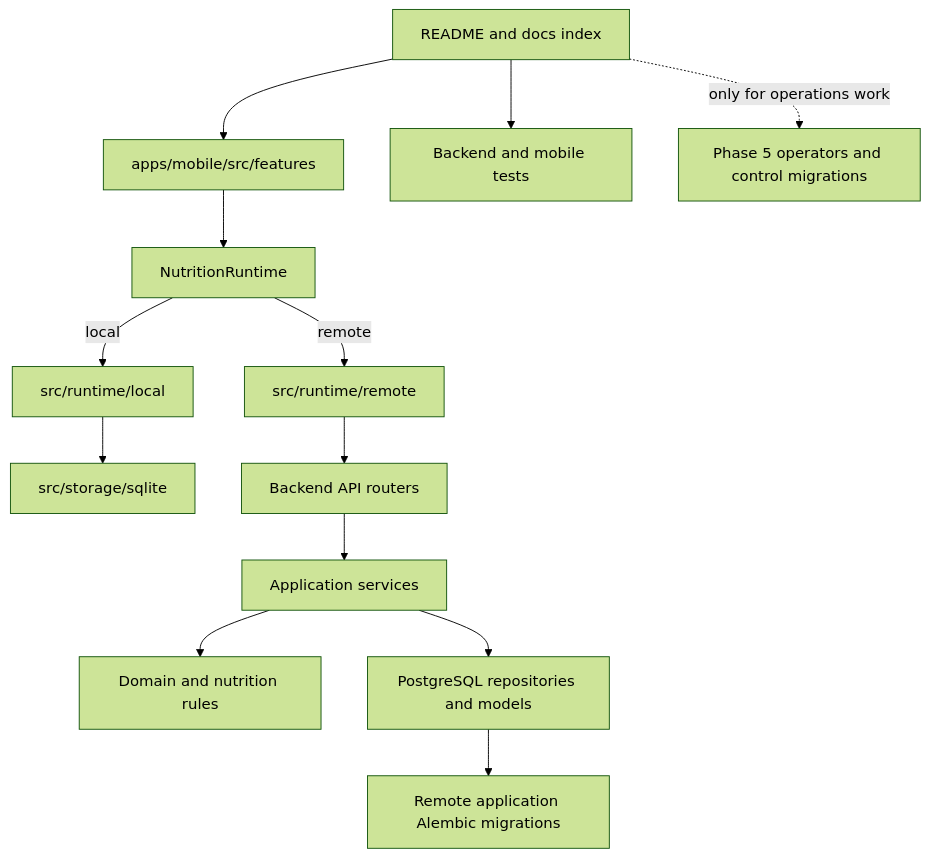
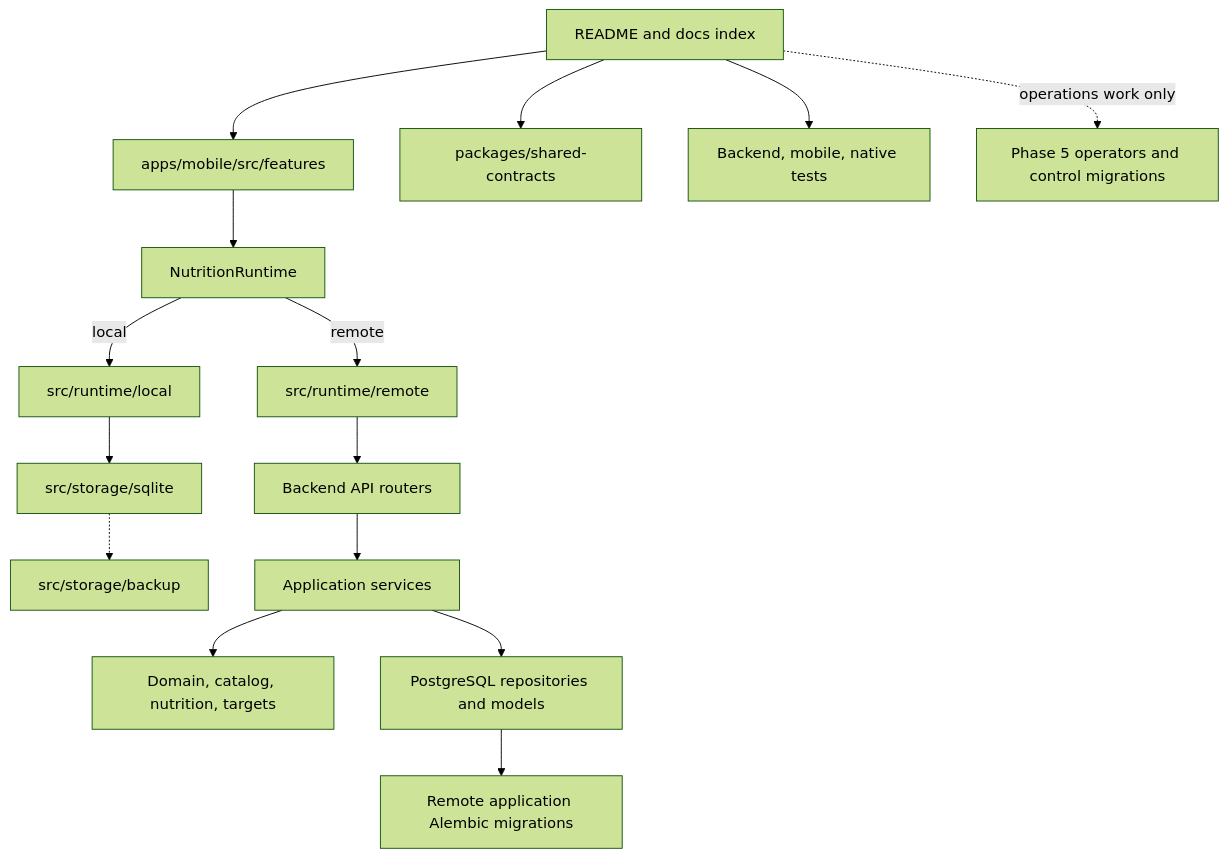
The diagram in docs/project/repository-tour.md (MitCaine/Nutrition-App), drawn with Mermaid (forest theme) before and after one commit. The commit also changed other lines of this file and 12 other files, not shown here.

````diff
--- a/docs/project/repository-tour.md
+++ b/docs/project/repository-tour.md
@@ -10,15 +10,17 @@
 ```mermaid
 flowchart TD
     Root["README and docs index"] --> Mobile["apps/mobile/src/features"]
     Mobile --> Runtime["NutritionRuntime"]
     Runtime -->|local| Local["src/runtime/local"]
     Local --> SQLite["src/storage/sqlite"]
+    SQLite -.-> Backup["src/storage/backup"]
     Runtime -->|remote| Remote["src/runtime/remote"]
     Remote --> Routers["Backend API routers"]
     Routers --> Services["Application services"]
-    Services --> Domain["Domain and nutrition rules"]
+    Services --> Domain["Domain, catalog, nutrition, targets"]
     Services --> Repositories["PostgreSQL repositories and models"]
     Repositories --> Migrations["Remote application Alembic migrations"]
-    Root --> Tests["Backend and mobile tests"]
-    Root -.->|only for operations work| Operators["Phase 5 operators and control migrations"]
+    Root --> Contracts["packages/shared-contracts"]
+    Root --> Tests["Backend, mobile, native tests"]
+    Root -.->|operations work only| Operators["Phase 5 operators and control migrations"]
 ```
````
